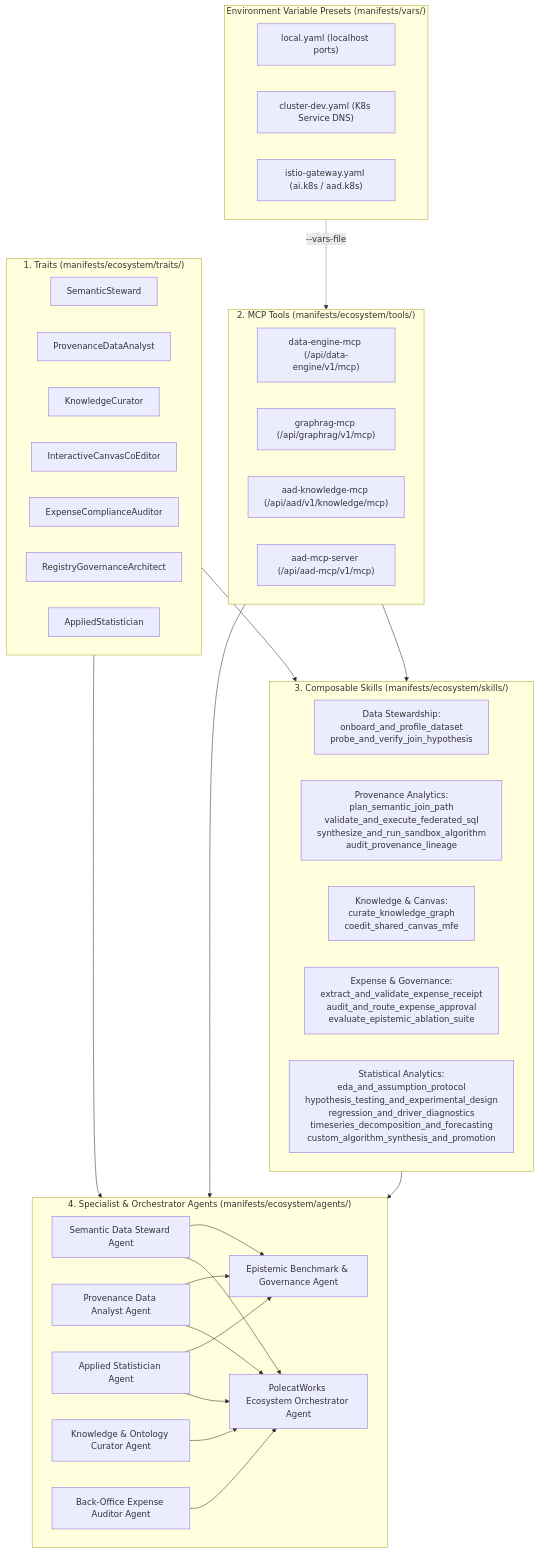
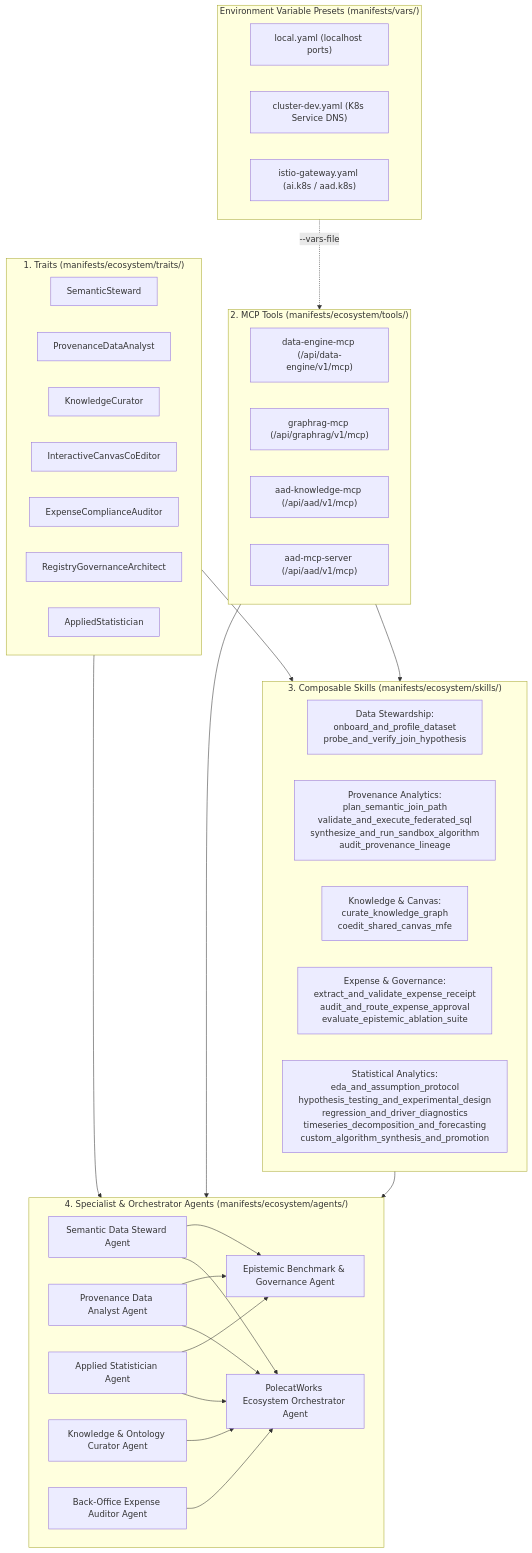
One commit to PolecatWorks/agent-as-data changed the fourth of 4 diagrams in spec/prds/cli-manifest-tool-prd.md. Above: the diagram before and after it, drawn with Mermaid. The commit also changed other lines of this file and 14 other files, not shown here.

Commit message:
chore(mcp): deduplicate knowledge_mcp into unified AadMcpServer

````diff
--- a/spec/prds/cli-manifest-tool-prd.md
+++ b/spec/prds/cli-manifest-tool-prd.md
@@ -373,50 +373,50 @@
 ```mermaid
 flowchart TB
     subgraph Vars["Environment Variable Presets (manifests/vars/)"]
         VLocal["local.yaml (localhost ports)"]
         VCluster["cluster-dev.yaml (K8s Service DNS)"]
         VIstio["istio-gateway.yaml (ai.k8s / aad.k8s)"]
     end
 
     subgraph Traits["1. Traits (manifests/ecosystem/traits/)"]
         T1["SemanticSteward"]
         T2["ProvenanceDataAnalyst"]
         T3["KnowledgeCurator"]
         T4["InteractiveCanvasCoEditor"]
         T5["ExpenseComplianceAuditor"]
         T6["RegistryGovernanceArchitect"]
         T7["AppliedStatistician"]
     end
 
     subgraph Tools["2. MCP Tools (manifests/ecosystem/tools/)"]
         M1["data-engine-mcp (/api/data-engine/v1/mcp)"]
         M2["graphrag-mcp (/api/graphrag/v1/mcp)"]
-        M3["aad-knowledge-mcp (/api/aad/v1/knowledge/mcp)"]
-        M4["aad-mcp-server (/api/aad-mcp/v1/mcp)"]
+        M3["aad-knowledge-mcp (/api/aad/v1/mcp)"]
+        M4["aad-mcp-server (/api/aad/v1/mcp)"]
     end
 
     subgraph Skills["3. Composable Skills (manifests/ecosystem/skills/)"]
         S1["Data Stewardship:\nonboard_and_profile_dataset\nprobe_and_verify_join_hypothesis"]
         S2["Provenance Analytics:\nplan_semantic_join_path\nvalidate_and_execute_federated_sql\nsynthesize_and_run_sandbox_algorithm\naudit_provenance_lineage"]
         S3["Knowledge & Canvas:\ncurate_knowledge_graph\ncoedit_shared_canvas_mfe"]
         S4["Expense & Governance:\nextract_and_validate_expense_receipt\naudit_and_route_expense_approval\nevaluate_epistemic_ablation_suite"]
         S5["Statistical Analytics:\neda_and_assumption_protocol\nhypothesis_testing_and_experimental_design\nregression_and_driver_diagnostics\ntimeseries_decomposition_and_forecasting\ncustom_algorithm_synthesis_and_promotion"]
     end
 
     subgraph Agents["4. Specialist & Orchestrator Agents (manifests/ecosystem/agents/)"]
         A1["Semantic Data Steward Agent"]
         A2["Provenance Data Analyst Agent"]
         A3["Knowledge & Ontology Curator Agent"]
         A4["Back-Office Expense Auditor Agent"]
         A5["Epistemic Benchmark & Governance Agent"]
         A6["PolecatWorks Ecosystem Orchestrator Agent"]
         A7["Applied Statistician Agent"]
     end
 
     Vars -.->|"--vars-file"| Tools
     Traits --> Skills & Agents
     Tools --> Skills & Agents
     Skills --> Agents
     A1 & A2 & A7 --> A5
     A1 & A2 & A3 & A4 & A7 --> A6
 ```
````
